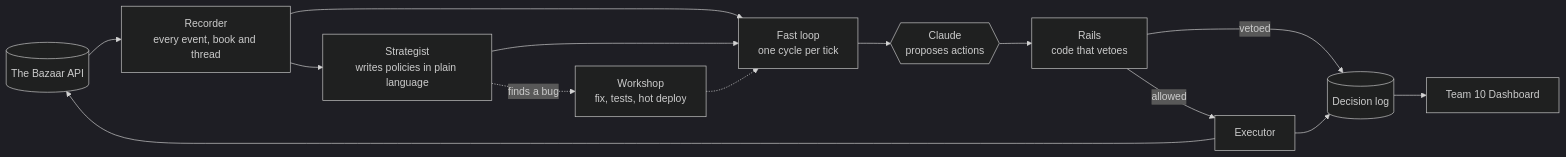
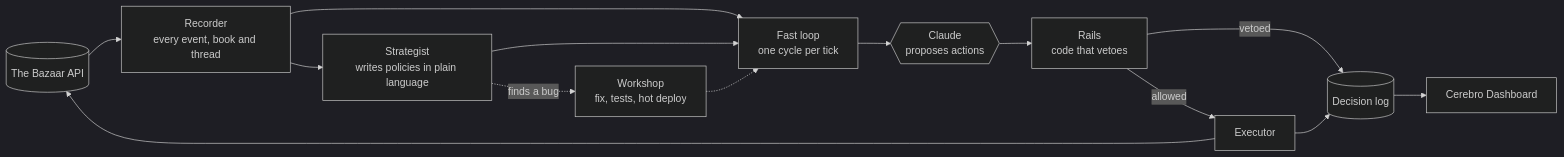
One commit to aaangelmartin/Cerebro changed the diagram in README.md. Above: the diagram before and after it, drawn with Mermaid (dark theme). The commit also changed other lines of this file and 1 other file, not shown here.

First line of the commit message:
docs: name the project Cerebro in the README and docs index

````diff
--- a/README.md
+++ b/README.md
@@ -25,14 +27,14 @@
 ```mermaid
 flowchart LR
   G[(The Bazaar API)] --> R[Recorder<br/>every event, book and thread]
   R --> S[Strategist<br/>writes policies in plain language]
   R --> L[Fast loop<br/>one cycle per tick]
   S --> L
   L --> M{{Claude<br/>proposes actions}}
   M --> RA[Rails<br/>code that vetoes]
   RA -->|allowed| X[Executor] --> G
   RA -->|vetoed| D[(Decision log)]
   X --> D
-  D --> UI[Team 10 Dashboard]
+  D --> UI[Cerebro Dashboard]
   S -. finds a bug .-> W[Workshop<br/>fix, tests, hot deploy] -.-> L
 ```
````
